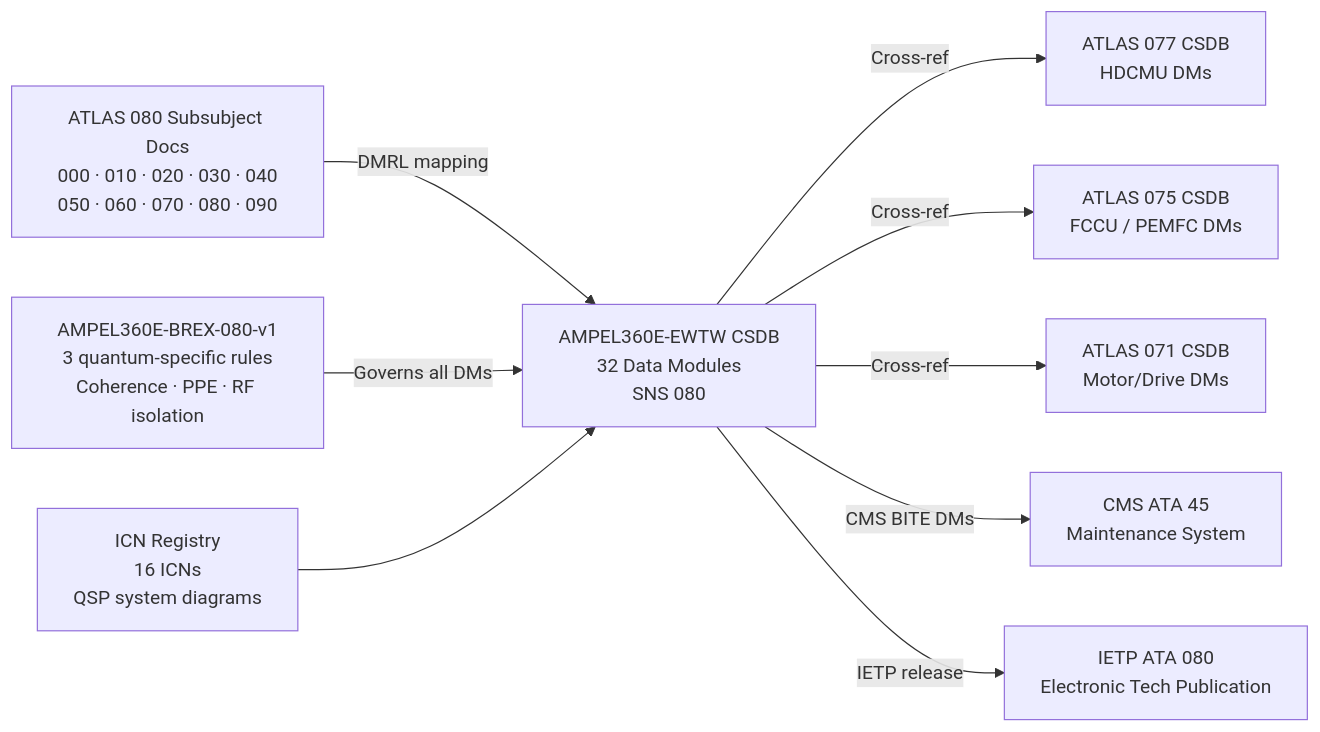
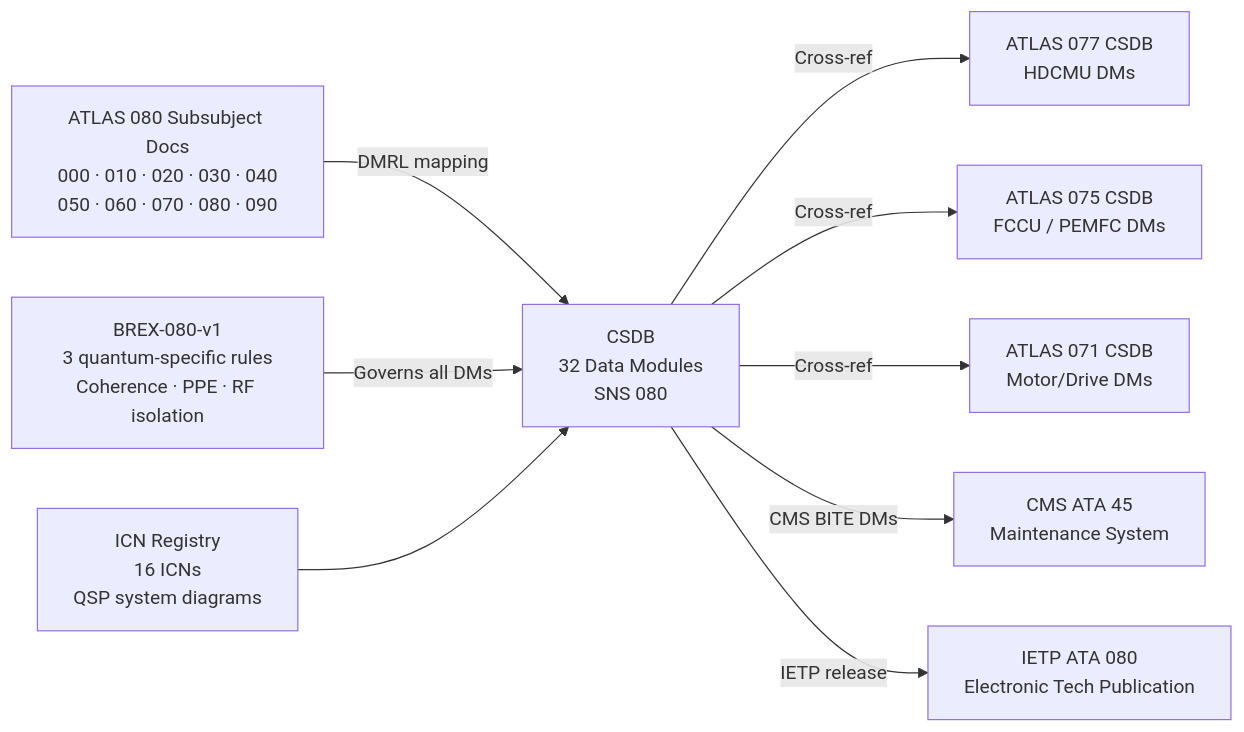
The diagram in Q+ATLANTIDE/000-099_ATLAS/080-089_Propulsion-Alternativa-y-Cuantica/080_Quantum-Sensing-for-Propulsion/080-090-S1000D-CSDB-Mapping-and-Traceability.md (AmedeoPelliccia/Qplus-For-All-Queer-People-and-Quantum), drawn with Mermaid before and after one commit. The commit also changed other lines of this file and 51 other files, not shown here.

First line of the commit message:
Generalize all 52 ATLAS S1000D-CSDB mapping files: remove AMPEL360E/eWTW/Programmes_example references, add scope: agnostic-standard, use generic DMC placeholders

````diff
--- a/Q+ATLANTIDE/000-099_ATLAS/080-089_Propulsion-Alternativa-y-Cuantica/080_Quantum-Sensing-for-Propulsion/080-090-S1000D-CSDB-Mapping-and-Traceability.md
+++ b/Q+ATLANTIDE/000-099_ATLAS/080-089_Propulsion-Alternativa-y-Cuantica/080_Quantum-Sensing-for-Propulsion/080-090-S1000D-CSDB-Mapping-and-Traceability.md
@@ -119,12 +119,12 @@
 ```mermaid
 flowchart LR
     ATLAS_DOCS[ATLAS 080 Subsubject Docs\n000 · 010 · 020 · 030 · 040\n050 · 060 · 070 · 080 · 090]
-    ATLAS_DOCS -->|DMRL mapping| CSDB[AMPEL360E-EWTW CSDB\n32 Data Modules\nSNS 080]
-    BREX[AMPEL360E-BREX-080-v1\n3 quantum-specific rules\nCoherence · PPE · RF isolation] -->|Governs all DMs| CSDB
+    ATLAS_DOCS -->|DMRL mapping| CSDB[<PROGRAMME> CSDB\n32 Data Modules\nSNS 080]
+    BREX[BREX-080-v1\n3 quantum-specific rules\nCoherence · PPE · RF isolation] -->|Governs all DMs| CSDB
     CSDB -->|Cross-ref| CSDB077[ATLAS 077 CSDB\nHDCMU DMs]
     CSDB -->|Cross-ref| CSDB075[ATLAS 075 CSDB\nFCCU / PEMFC DMs]
     CSDB -->|Cross-ref| CSDB071[ATLAS 071 CSDB\nMotor/Drive DMs]
     CSDB -->|CMS BITE DMs| CMS[CMS ATA 45\nMaintenance System]
     CSDB -->|IETP release| IETP[IETP ATA 080\nElectronic Tech Publication]
     ICN_REG[ICN Registry\n16 ICNs\nQSP system diagrams] --> CSDB
 ```
````
